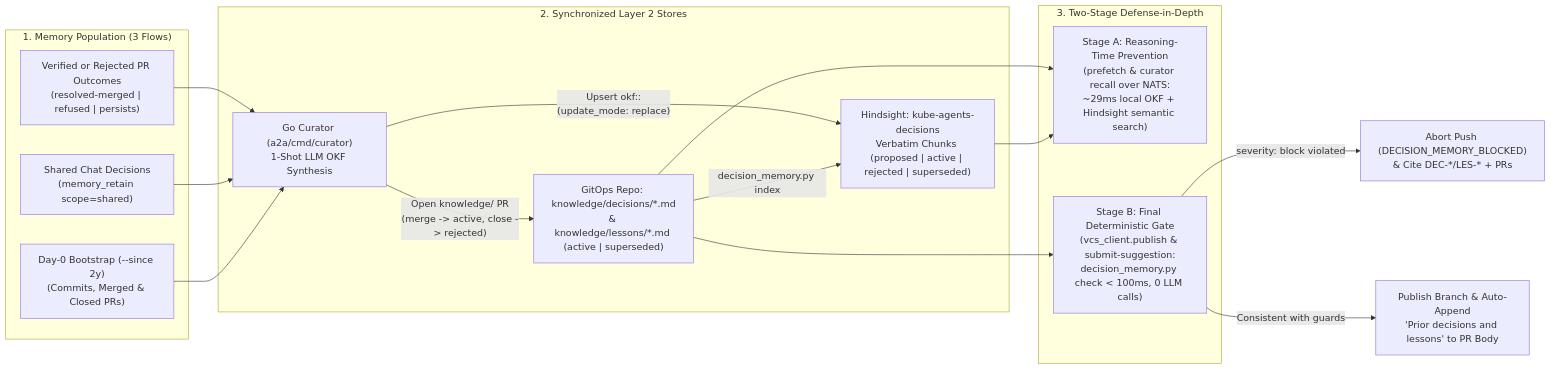
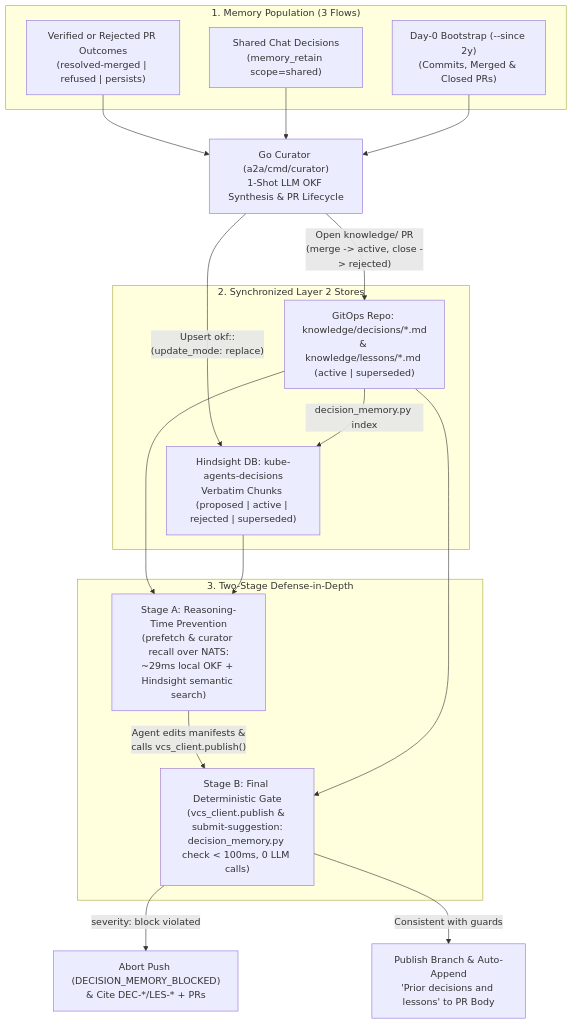
One commit to dshnayder/kube-agents changed the third of 5 diagrams in docs/designs/memory.md. Above: the diagram before and after it, drawn with Mermaid. The commit also changed other lines of this file, not shown here.

Commit message:
docs(memory): rearrange Layer 1 and Layer 2 block diagrams to flow top-to-bottom

````diff
--- a/docs/designs/memory.md
+++ b/docs/designs/memory.md
@@ -412,28 +412,29 @@
 ```mermaid
-flowchart LR
+flowchart TB
   subgraph Populate["1. Memory Population (3 Flows)"]
     O["Verified or Rejected PR Outcomes\n(resolved-merged | refused | persists)"]
     C["Shared Chat Decisions\n(memory_retain scope=shared)"]
     H["Day-0 Bootstrap (--since 2y)\n(Commits, Merged & Closed PRs)"]
   end
+  Cur["Go Curator (a2a/cmd/curator)\n1-Shot LLM OKF Synthesis & PR Lifecycle"]
   subgraph Stores["2. Synchronized Layer 2 Stores"]
-    Cur["Go Curator (a2a/cmd/curator)\n1-Shot LLM OKF Synthesis"]
     Git["GitOps Repo: knowledge/decisions/*.md\n& knowledge/lessons/*.md (active | superseded)"]
-    HD["Hindsight: kube-agents-decisions\nVerbatim Chunks (proposed | active | rejected | superseded)"]
+    HD["Hindsight DB: kube-agents-decisions\nVerbatim Chunks (proposed | active | rejected | superseded)"]
   end
   subgraph Defense["3. Two-Stage Defense-in-Depth"]
     S1["Stage A: Reasoning-Time Prevention\n(prefetch & curator recall over NATS:\n~29ms local OKF + Hindsight semantic search)"]
     S2["Stage B: Final Deterministic Gate\n(vcs_client.publish & submit-suggestion:\ndecision_memory.py check < 100ms, 0 LLM calls)"]
   end
   O --> Cur
   C --> Cur
   H --> Cur
   Cur -->|"Open knowledge/ PR\n(merge -> active, close -> rejected)"| Git
   Cur -->|"Upsert okf:<repo>:<id>\n(update_mode: replace)"| HD
   Git -->|decision_memory.py index| HD
   Git --> S1
   HD --> S1
+  S1 -->|"Agent edits manifests &\ncalls vcs_client.publish()"| S2
   Git --> S2
   S2 -->|"severity: block violated"| Blk["Abort Push (DECISION_MEMORY_BLOCKED)\n& Cite DEC-*/LES-* + PRs"]
   S2 -->|"Consistent with guards"| Pass["Publish Branch & Auto-Append\n'Prior decisions and lessons' to PR Body"]
 ```
````
